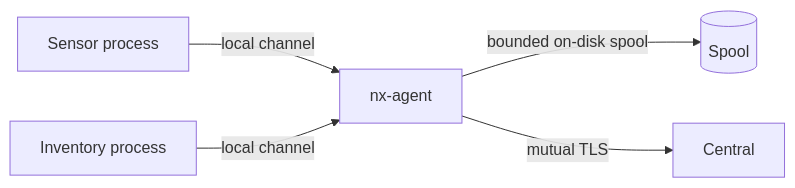
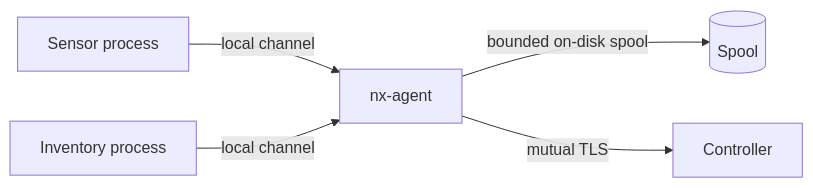
The second of 3 diagrams in docs/design/architecture.md (nexwall/nexwall-endpoint-doc), drawn with Mermaid before and after one commit. The commit also changed other lines of this file and 7 other files, not shown here.

First line of the commit message:
Design docs: Central renamed to Controller; status page updated (signed policy, sensor channel, durable queue, batch ingest, updater logic)

````diff
--- a/docs/design/architecture.md
+++ b/docs/design/architecture.md
@@ -60,7 +60,7 @@
 ```mermaid
 flowchart LR
   S1["Sensor process"] -- "local channel" --> A["nx-agent"]
   S2["Inventory process"] -- "local channel" --> A
   A -- "bounded on-disk spool" --> Q[("Spool")]
-  A -- "mutual TLS" --> C["Central"]
+  A -- "mutual TLS" --> C["Controller"]
 ```
````
